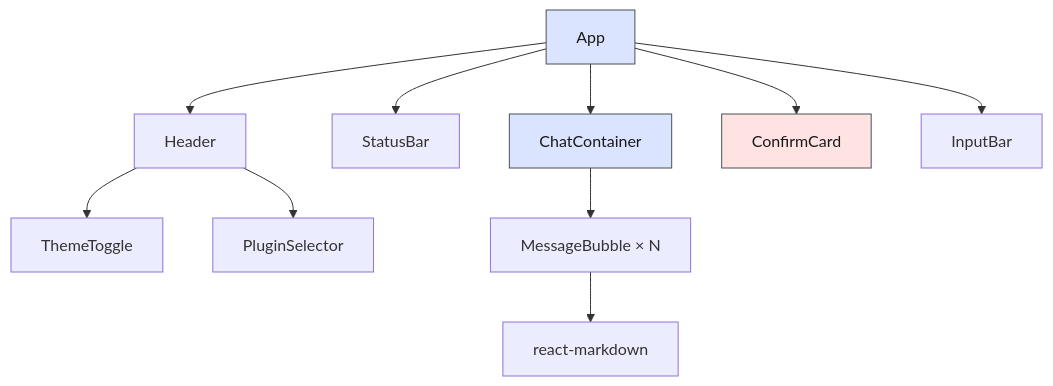
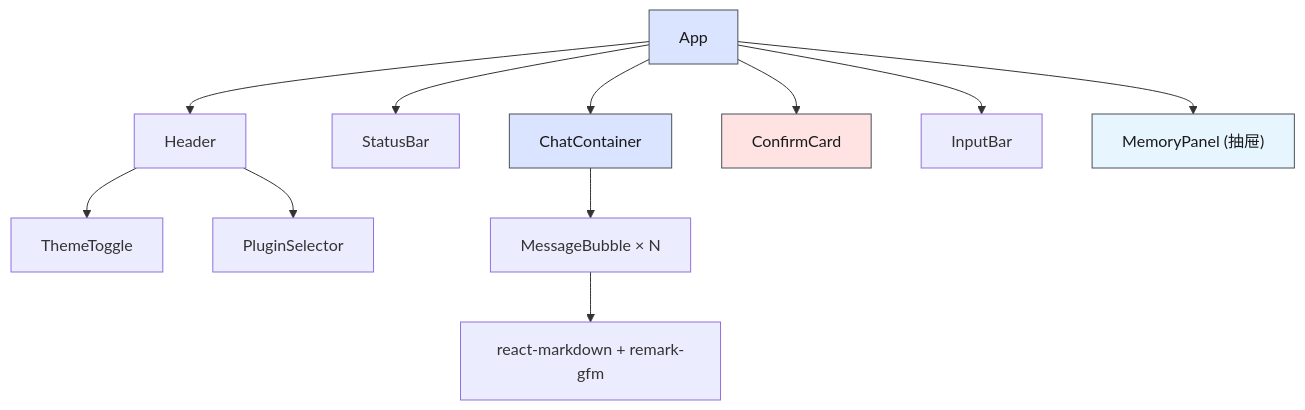
Before and after one commit to yjzaaa/leave-approval-agent: the third of 4 diagrams in src/client/AGENTS.md, drawn with Mermaid. The commit also changed other lines of this file and 5 other files, not shown here.

````diff
--- a/src/client/AGENTS.md
+++ b/src/client/AGENTS.md
@@ -75,16 +86,18 @@
 ```mermaid
 graph TD
     App --> Header
     Header --> ThemeToggle
     Header --> PluginSelector
     App --> StatusBar
     App --> ChatContainer
     ChatContainer --> MessageBubble1["MessageBubble × N"]
-    MessageBubble1 --> Markdown["react-markdown"]
+    MessageBubble1 --> Markdown["react-markdown + remark-gfm"]
     App --> ConfirmCard
     App --> InputBar
+    App --> MemoryPanel["MemoryPanel (抽屉)"]
 
     style App fill:#dbe4ff,stroke:#495057,color:#1a1a1a
     style ChatContainer fill:#dbe4ff,stroke:#495057,color:#1a1a1a
     style ConfirmCard fill:#ffe3e3,stroke:#495057,color:#1a1a1a
+    style MemoryPanel fill:#e7f5ff,stroke:#495057,color:#1a1a1a
 ```
````
